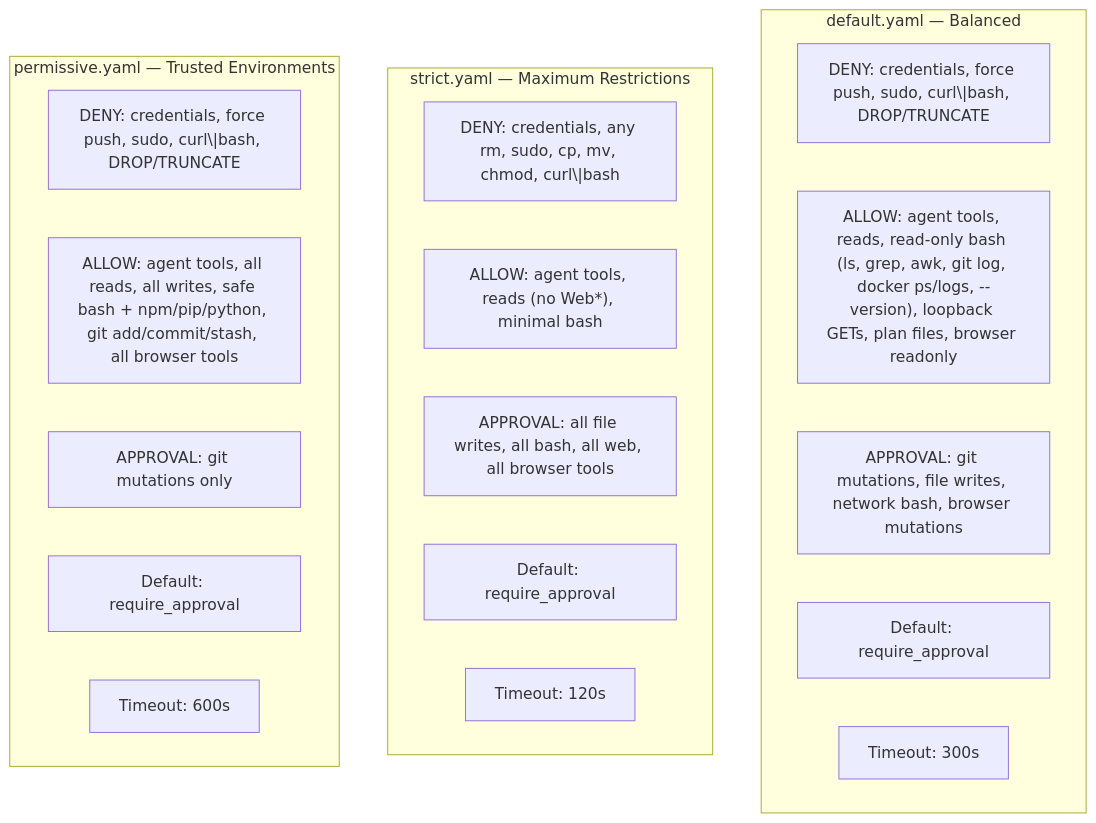
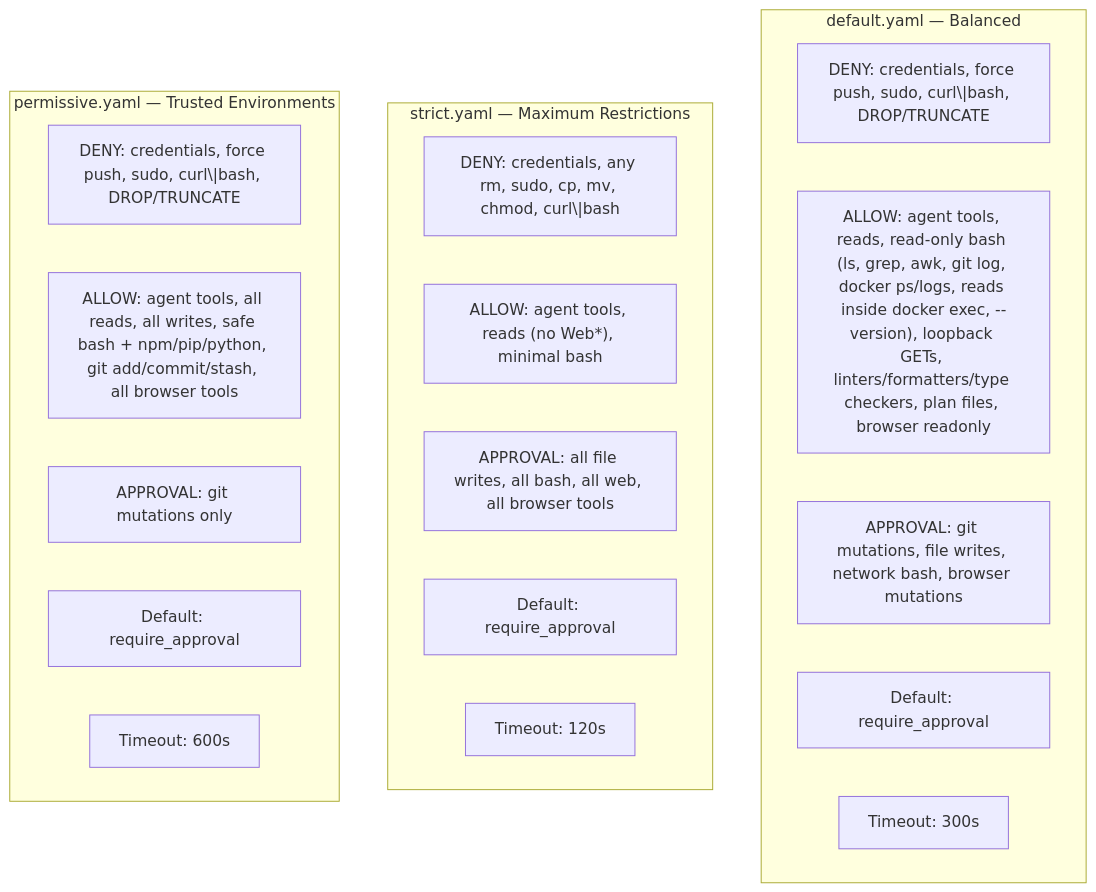
One commit to vmehera123/leashd changed the second of 2 diagrams in docs/policies.md. Above: the diagram before and after it, drawn with Mermaid. The commit also changed other lines of this file and 22 other files, not shown here.

````diff
--- a/docs/policies.md
+++ b/docs/policies.md
@@ -108,26 +108,26 @@
 ```mermaid
 flowchart TB
     subgraph Default["default.yaml — Balanced"]
         d_deny["DENY: credentials, force push, sudo, curl\|bash, DROP/TRUNCATE"]
-        d_allow["ALLOW: agent tools, reads, read-only bash (ls, grep, awk, git log, docker ps/logs, --version), loopback GETs, plan files, browser readonly"]
+        d_allow["ALLOW: agent tools, reads, read-only bash (ls, grep, awk, git log, docker ps/logs, reads inside docker exec, --version), loopback GETs, linters/formatters/type checkers, plan files, browser readonly"]
         d_approval["APPROVAL: git mutations, file writes, network bash, browser mutations"]
         d_default["Default: require_approval"]
         d_timeout["Timeout: 300s"]
     end
 
     subgraph Strict["strict.yaml — Maximum Restrictions"]
         s_deny["DENY: credentials, any rm, sudo, cp, mv, chmod, curl\|bash"]
         s_allow["ALLOW: agent tools, reads (no Web*), minimal bash"]
         s_approval["APPROVAL: all file writes, all bash, all web, all browser tools"]
         s_default["Default: require_approval"]
         s_timeout["Timeout: 120s"]
     end
 
     subgraph Permissive["permissive.yaml — Trusted Environments"]
         p_deny["DENY: credentials, force push, sudo, curl\|bash, DROP/TRUNCATE"]
         p_allow["ALLOW: agent tools, all reads, all writes, safe bash + npm/pip/python, git add/commit/stash, all browser tools"]
         p_approval["APPROVAL: git mutations only"]
         p_default["Default: require_approval"]
         p_timeout["Timeout: 600s"]
     end
 ```
````
